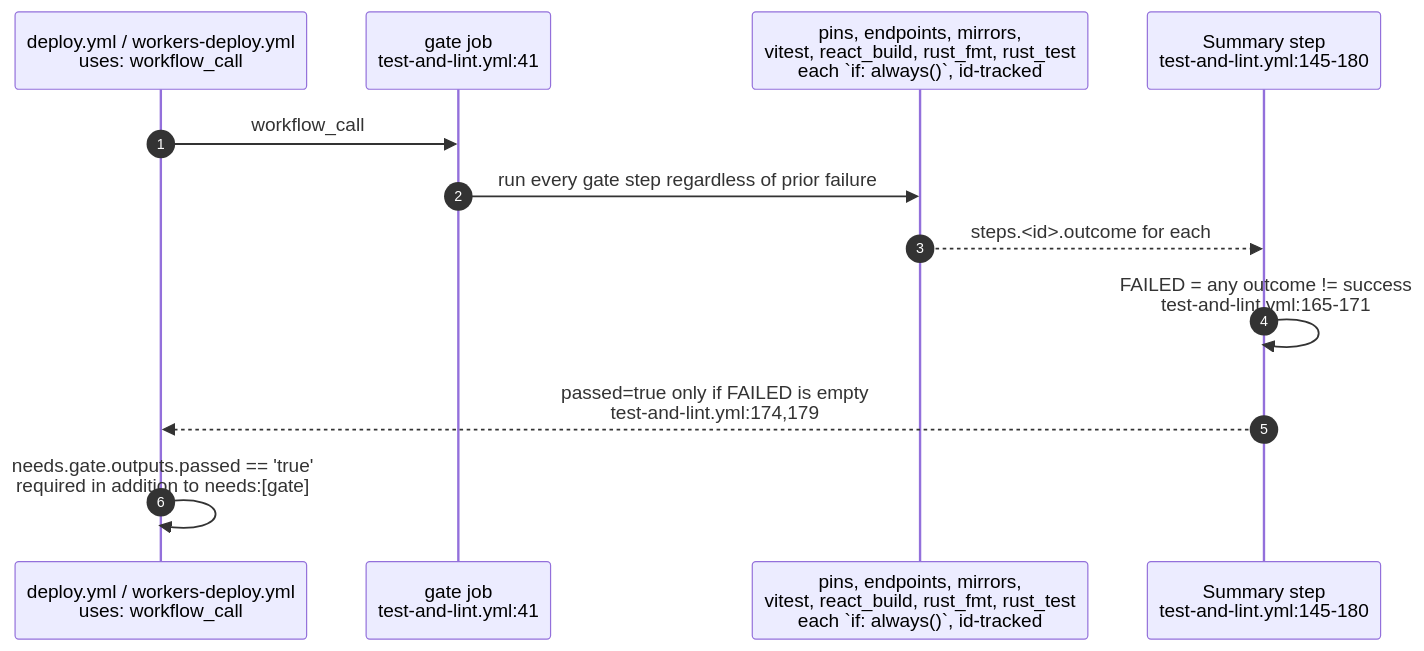
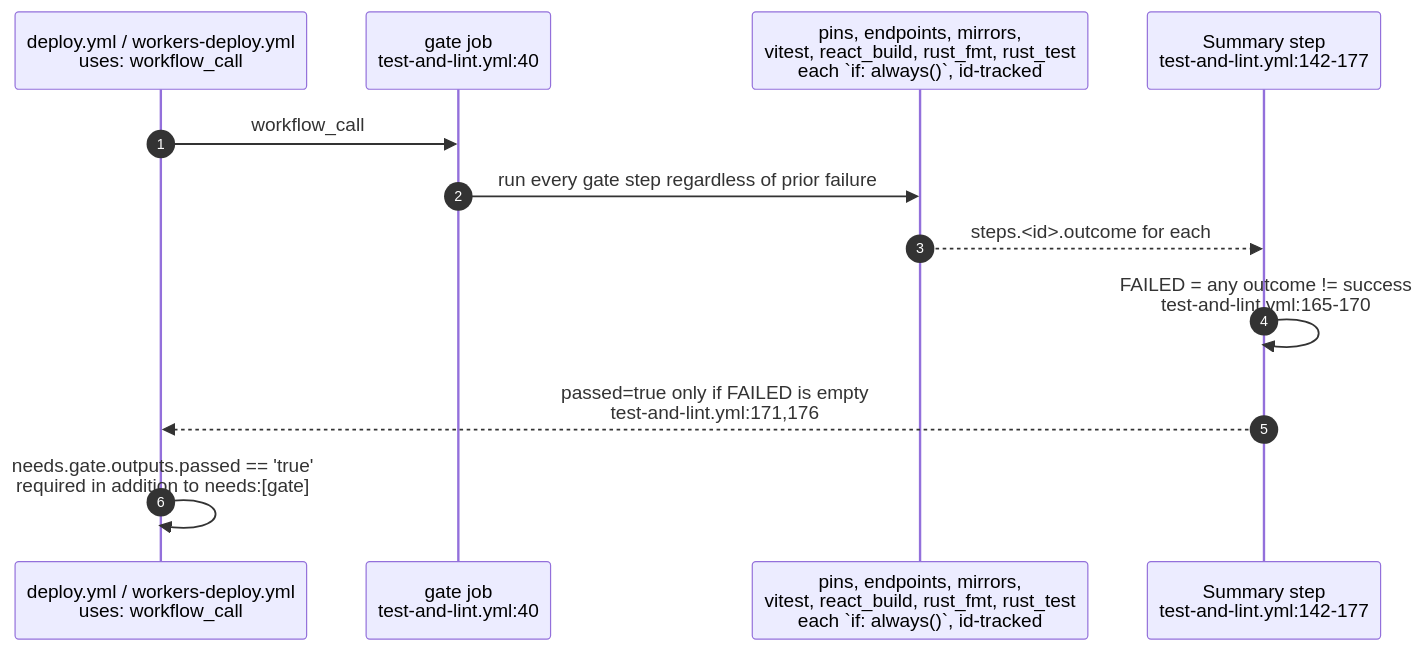
The third of 5 diagrams in docs/diagrams/dreamlab-ai-website/05-ci-gates-rust-ci-kit-pin-playwright.md (DreamLab-AI/VisionFlow), drawn with Mermaid before and after one commit. The commit also changed other lines of this file and 80 other files, not shown here.

First line of the commit message:
docs(diagrams): re-verify the agentbox, dreamlab, estate and visionflow corpus against current sources

````diff
--- a/docs/diagrams/dreamlab-ai-website/05-ci-gates-rust-ci-kit-pin-playwright.md
+++ b/docs/diagrams/dreamlab-ai-website/05-ci-gates-rust-ci-kit-pin-playwright.md
@@ -64,14 +64,14 @@
 ```mermaid
 sequenceDiagram
     autonumber
     participant CALLER as deploy.yml / workers-deploy.yml<br/>uses: workflow_call
-    participant GATE as gate job<br/>test-and-lint.yml:41
+    participant GATE as gate job<br/>test-and-lint.yml:40
     participant STEPS as pins, endpoints, mirrors,<br/>vitest, react_build, rust_fmt, rust_test<br/>each `if: always()`, id-tracked
-    participant SUM as Summary step<br/>test-and-lint.yml:145-180
+    participant SUM as Summary step<br/>test-and-lint.yml:142-177
     CALLER->>GATE: workflow_call
     GATE->>STEPS: run every gate step regardless of prior failure
     STEPS-->>SUM: steps.<id>.outcome for each
-    SUM->>SUM: FAILED = any outcome != success<br/>test-and-lint.yml:165-171
-    SUM-->>CALLER: passed=true only if FAILED is empty<br/>test-and-lint.yml:174,179
+    SUM->>SUM: FAILED = any outcome != success<br/>test-and-lint.yml:165-170
+    SUM-->>CALLER: passed=true only if FAILED is empty<br/>test-and-lint.yml:171,176
     CALLER->>CALLER: needs.gate.outputs.passed == 'true'<br/>required in addition to needs:[gate]
 ```
````
